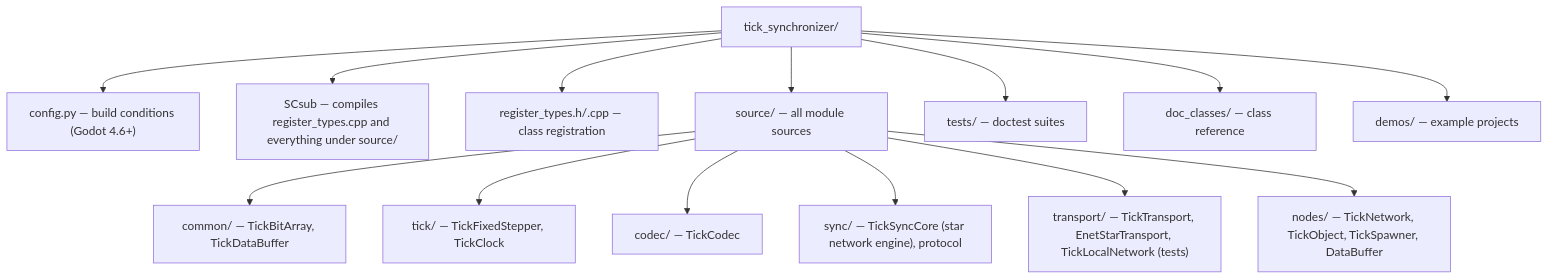
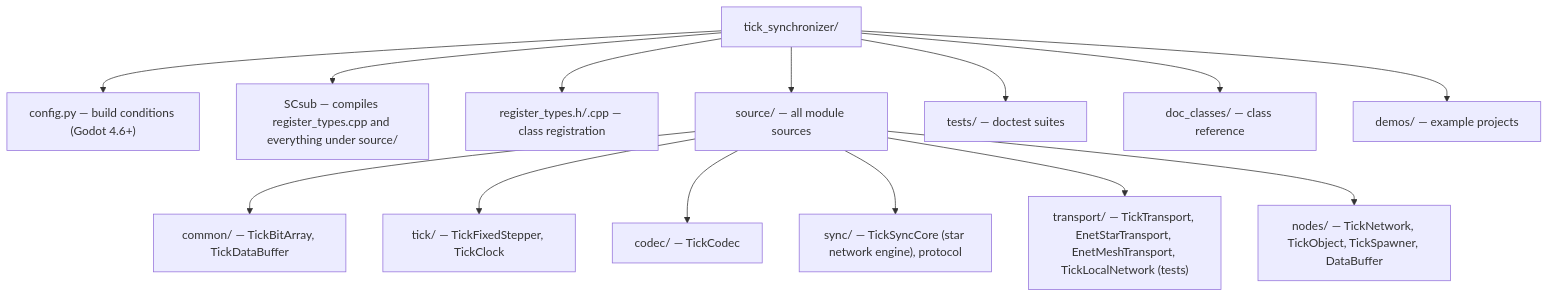
One commit to Malkverbena/TickSynchronizer changed the second of 2 diagrams in README.md. Above: the diagram before and after it, drawn with Mermaid. The commit also changed other lines of this file and 19 other files, not shown here.

````diff
--- a/README.md
+++ b/README.md
@@ -152,16 +174,16 @@
 ```mermaid
 flowchart TB
     m["tick_synchronizer/"] --> cfg["config.py — build conditions (Godot 4.6+)"]
     m --> scsub["SCsub — compiles register_types.cpp and everything under source/"]
     m --> reg["register_types.h/.cpp — class registration"]
     m --> src["source/ — all module sources"]
     src --> common["common/ — TickBitArray, TickDataBuffer"]
     src --> tick["tick/ — TickFixedStepper, TickClock"]
     src --> codec["codec/ — TickCodec"]
     src --> sync["sync/ — TickSyncCore (star network engine), protocol"]
-    src --> transport["transport/ — TickTransport, EnetStarTransport, TickLocalNetwork (tests)"]
+    src --> transport["transport/ — TickTransport, EnetStarTransport, EnetMeshTransport, TickLocalNetwork (tests)"]
     src --> nodes["nodes/ — TickNetwork, TickObject, TickSpawner, DataBuffer"]
     m --> tests["tests/ — doctest suites"]
     m --> docs["doc_classes/ — class reference"]
     m --> demos["demos/ — example projects"]
 ```
````
